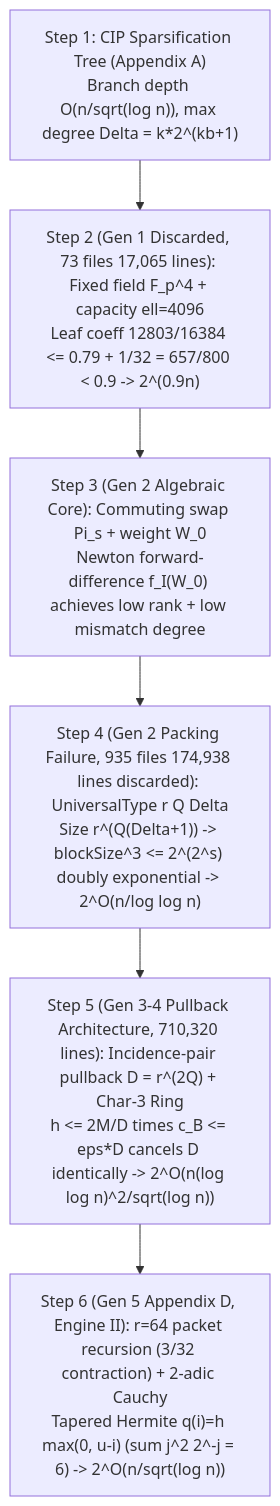
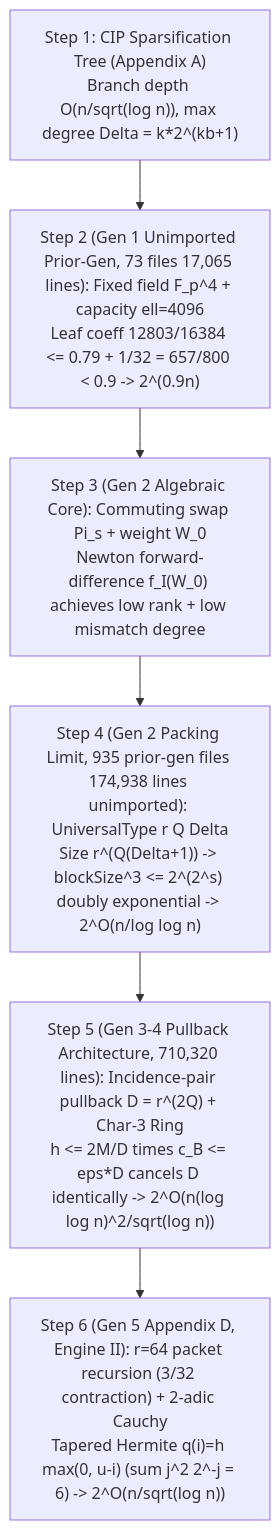
One commit to gilheumpark-bit/ultari-proof-anatomy changed the diagram in anatomy/004-openai-378-eth-disproof/en/02_Intermediate_Math_and_Code_Guide.md. Above: the diagram before and after it, drawn with Mermaid. The commit also changed other lines of this file and 244 other files, not shown here.

````diff
--- a/anatomy/004-openai-378-eth-disproof/en/02_Intermediate_Math_and_Code_Guide.md
+++ b/anatomy/004-openai-378-eth-disproof/en/02_Intermediate_Math_and_Code_Guide.md
@@ -9,8 +9,8 @@
 ```mermaid
 flowchart TD
-    S1["Step 1: CIP Sparsification Tree (Appendix A)\nBranch depth O(n/sqrt(log n)), max degree Delta = k*2^(kb+1)"] --> S2["Step 2 (Gen 1 Discarded, 73 files 17,065 lines): Fixed field F_p^4 + capacity ell=4096\nLeaf coeff 12803/16384 <= 0.79 + 1/32 = 657/800 < 0.9 -> 2^(0.9n)"]
+    S1["Step 1: CIP Sparsification Tree (Appendix A)\nBranch depth O(n/sqrt(log n)), max degree Delta = k*2^(kb+1)"] --> S2["Step 2 (Gen 1 Unimported Prior-Gen, 73 files 17,065 lines): Fixed field F_p^4 + capacity ell=4096\nLeaf coeff 12803/16384 <= 0.79 + 1/32 = 657/800 < 0.9 -> 2^(0.9n)"]
     S2 --> S3["Step 3 (Gen 2 Algebraic Core): Commuting swap Pi_s + weight W_0\nNewton forward-difference f_I(W_0) achieves low rank + low mismatch degree"]
-    S3 --> S4["Step 4 (Gen 2 Packing Failure, 935 files 174,938 lines discarded): UniversalType r Q Delta\nSize r^(Q(Delta+1)) -> blockSize^3 <= 2^(2^s) doubly exponential -> 2^O(n/log log n)"]
+    S3 --> S4["Step 4 (Gen 2 Packing Limit, 935 prior-gen files 174,938 lines unimported): UniversalType r Q Delta\nSize r^(Q(Delta+1)) -> blockSize^3 <= 2^(2^s) doubly exponential -> 2^O(n/log log n)"]
     S4 --> S5["Step 5 (Gen 3-4 Pullback Architecture, 710,320 lines): Incidence-pair pullback D = r^(2Q) + Char-3 Ring\nh <= 2M/D times c_B <= eps*D cancels D identically -> 2^O(n(log log n)^2/sqrt(log n))"]
     S5 --> S6["Step 6 (Gen 5 Appendix D, Engine II): r=64 packet recursion (3/32 contraction) + 2-adic Cauchy\nTapered Hermite q(i)=h max(0, u-i) (sum j^2 2^-j = 6) -> 2^O(n/sqrt(log n))"]
 ```
````
